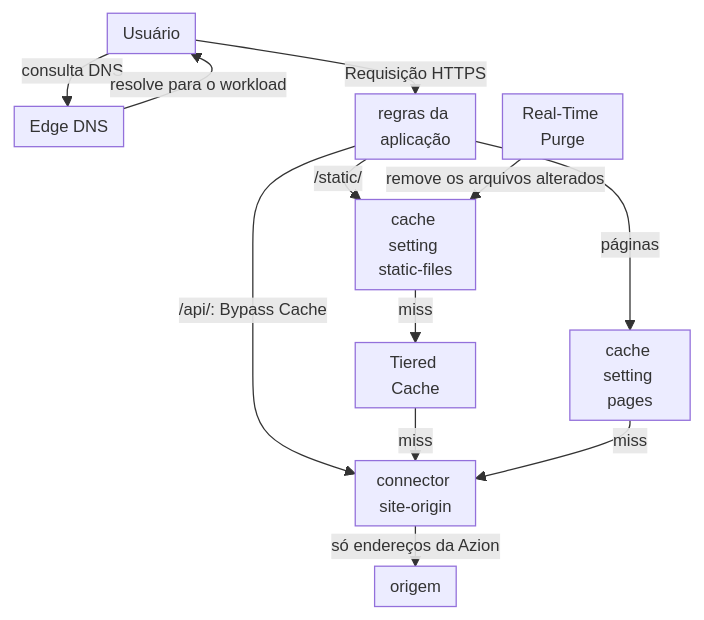
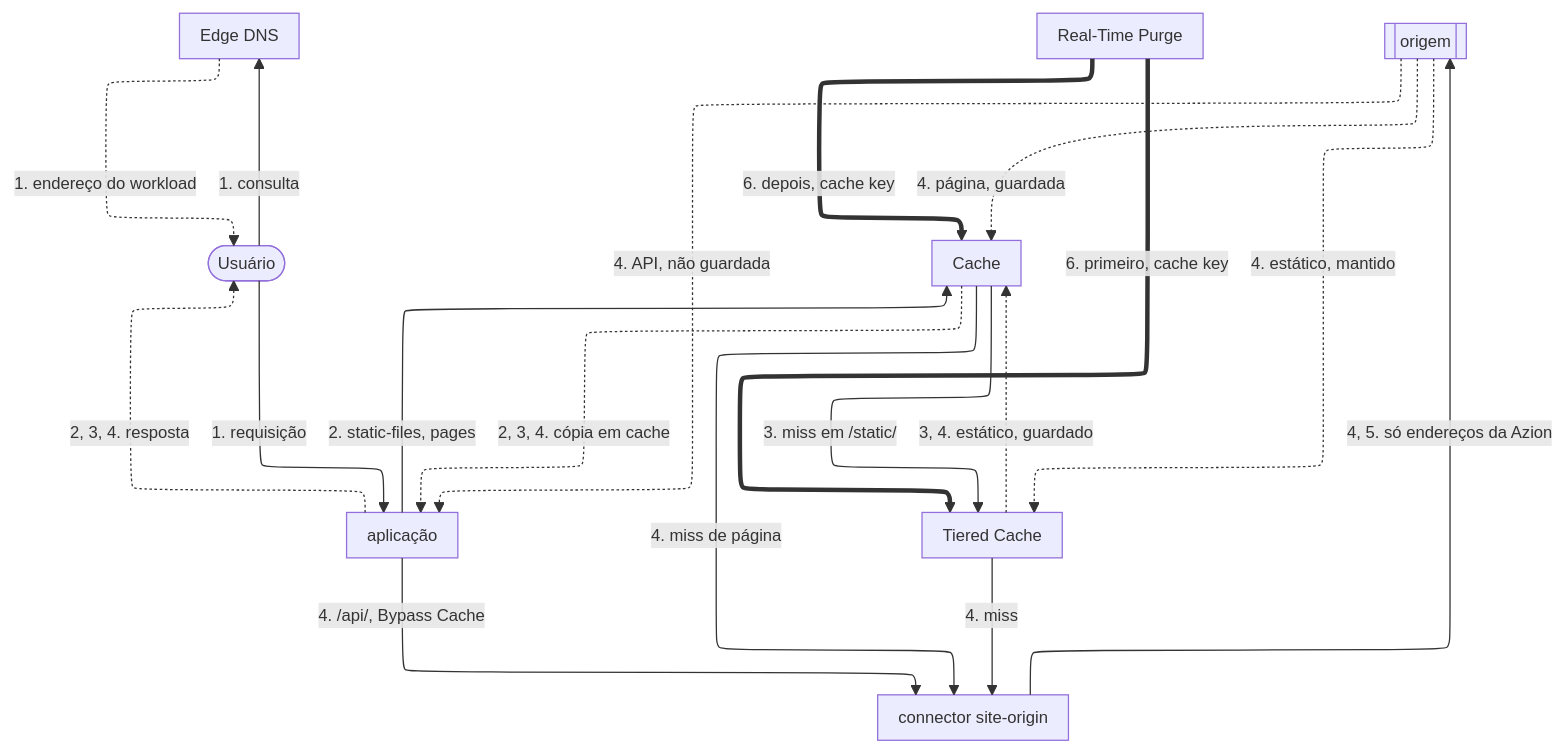
Before and after one commit to aziontech/docs: the diagram in apps/docs/src/content/docs/pt-br/pages/arquiteturas/edge-application/content-delivery.mdx, drawn with Mermaid. The commit also changed other lines of this file and 179 other files, not shown here.

Commit message:
docs(diagrams): redraw every other diagram in the use-case diagram style (#2513)

````diff
--- a/apps/docs/src/content/docs/pt-br/pages/arquiteturas/edge-application/content-delivery.mdx
+++ b/apps/docs/src/content/docs/pt-br/pages/arquiteturas/edge-application/content-delivery.mdx
@@ -18,15 +20,29 @@
 ```mermaid
-%%{init: {"layout": "dagre", "themeVariables": {"fontSize": "13px"}, "flowchart": {"nodeSpacing": 12, "rankSpacing": 12, "padding": 6, "wrappingWidth": 70, "minNodeWidth": 40, "useMaxWidth": true}}}%%
+%%{init: {"layout": "elk", "elk": {"cycleBreakingStrategy": "MODEL_ORDER"}, "themeVariables": {"fontSize": "13px"}, "flowchart": {"nodeSpacing": 24, "rankSpacing": 36, "padding": 8, "wrappingWidth": 150, "useMaxWidth": true}, "sequence": {"width": 120, "actorMargin": 30, "useMaxWidth": true}}}%%
 flowchart TD
-  User["Usuário"] -->|"consulta DNS"| DNS["Edge DNS"]
-  DNS -->|"resolve para o workload"| User
-  User -->|"Requisição HTTPS"| App["regras da aplicação"]
-  App -->|"/static/"| Static["cache setting static-files"]
-  App -->|"páginas"| Pages["cache setting pages"]
-  App -->|"/api/: Bypass Cache"| Conn["connector site-origin"]
-  Static -->|"miss"| Tiered["Tiered Cache"]
-  Tiered -->|"miss"| Conn
-  Pages -->|"miss"| Conn
-  Conn -->|"só endereços da Azion"| Origin["origem"]
-  Purge["Real-Time Purge"] -->|"remove os arquivos alterados"| Static
+  User(["Usuário"])
+  DNS["Edge DNS"]
+  App["aplicação"]
+  Cache["Cache"]
+  Purge["Real-Time Purge"]
+  Tiered["Tiered Cache"]
+  Conn["connector site-origin"]
+  Origin[["origem"]]
+  User -->|"1. consulta"| DNS
+  User -->|"1. requisição"| App
+  App -->|"4. /api/, Bypass Cache"| Conn
+  App -->|"2. static-files, pages"| Cache
+  Cache -->|"3. miss em /static/"| Tiered
+  Cache -->|"4. miss de página"| Conn
+  Tiered -->|"4. miss"| Conn
+  Conn -->|"4, 5. só endereços da Azion"| Origin
+  DNS -.->|"1. endereço do workload"| User
+  Origin -.->|"4. estático, mantido"| Tiered
+  Origin -.->|"4. página, guardada"| Cache
+  Tiered -.->|"3, 4. estático, guardado"| Cache
+  Origin -.->|"4. API, não guardada"| App
+  Cache -.->|"2, 3, 4. cópia em cache"| App
+  App -.->|"2, 3, 4. resposta"| User
+  Purge ==>|"6. primeiro, cache key"| Tiered
+  Purge ==>|"6. depois, cache key"| Cache
 ```
````
